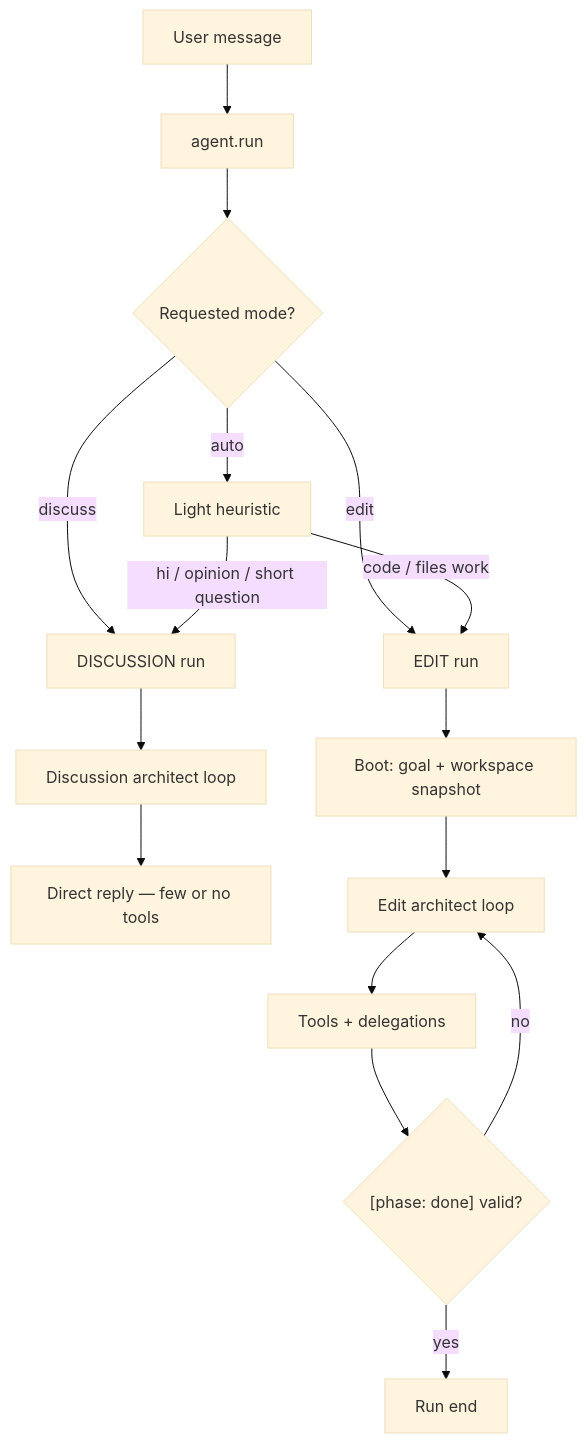
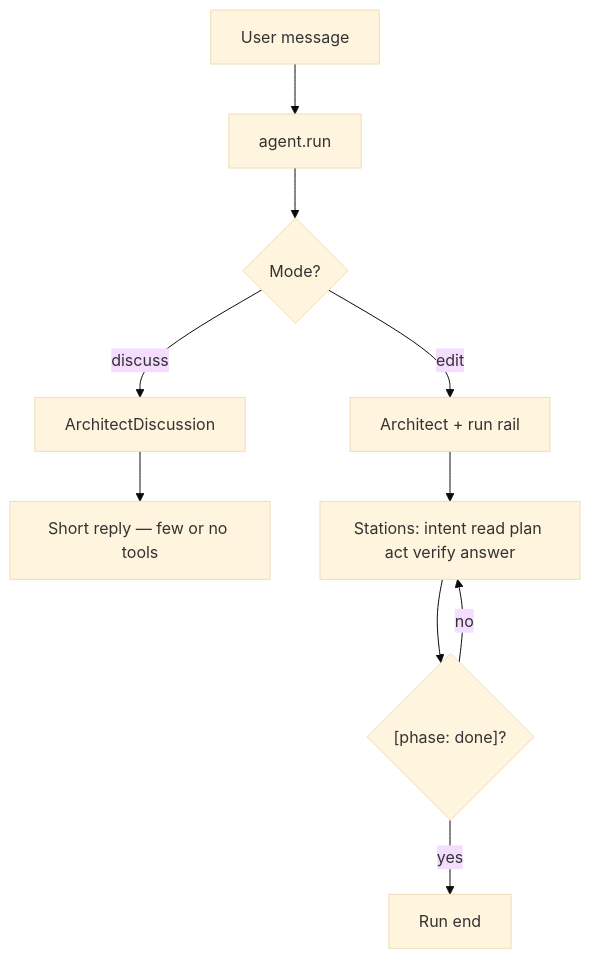
Diagram 11 of 13 in README.md (DroxKiwi/Drox---IDE---OR), drawn with Mermaid (base theme) before and after one commit. The commit also changed other lines of this file, not shown here.

First line of the commit message:
Docs: README aligné run rail 1.4 et vue globale Ollama/IDE/moteur.

````diff
--- a/README.md
+++ b/README.md
@@ -294,20 +354,14 @@
 ```mermaid
 flowchart TD
   MSG["User message"] --> RUN["agent.run"]
-  RUN --> MODE{"Requested mode?"}
-  MODE -->|discuss| DISC["DISCUSSION run"]
-  MODE -->|edit| EDIT["EDIT run"]
-  MODE -->|auto| HEUR["Light heuristic"]
-  HEUR -->|hi / opinion / short question| DISC
-  HEUR -->|code / files work| EDIT
+  RUN --> MODE{"Mode?"}
+  MODE -->|discuss| DISC["ArchitectDiscussion"]
+  MODE -->|edit| EDIT["Architect + run rail"]
 
-  DISC --> DLOOP["Discussion architect loop"]
-  DLOOP --> DOUT["Direct reply — few or no tools"]
+  DISC --> DOUT["Short reply — few or no tools"]
 
-  EDIT --> EBOOT["Boot: goal + workspace snapshot"]
-  EBOOT --> ELOOP["Edit architect loop"]
-  ELOOP --> TOOLS["Tools + delegations"]
-  TOOLS --> DONE{"[phase: done] valid?"}
+  EDIT --> RAIL["Stations: intent read plan act verify answer"]
+  RAIL --> DONE{"[phase: done]?"}
   DONE -->|yes| END["Run end"]
-  DONE -->|no| ELOOP
+  DONE -->|no| RAIL
 ```
````
